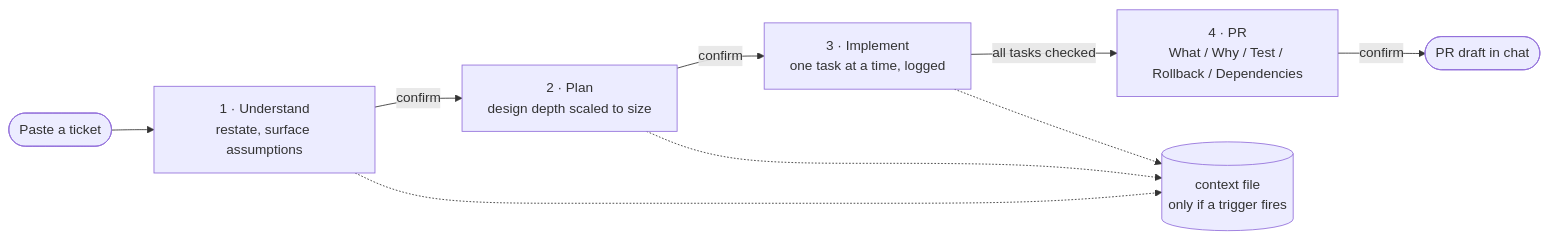
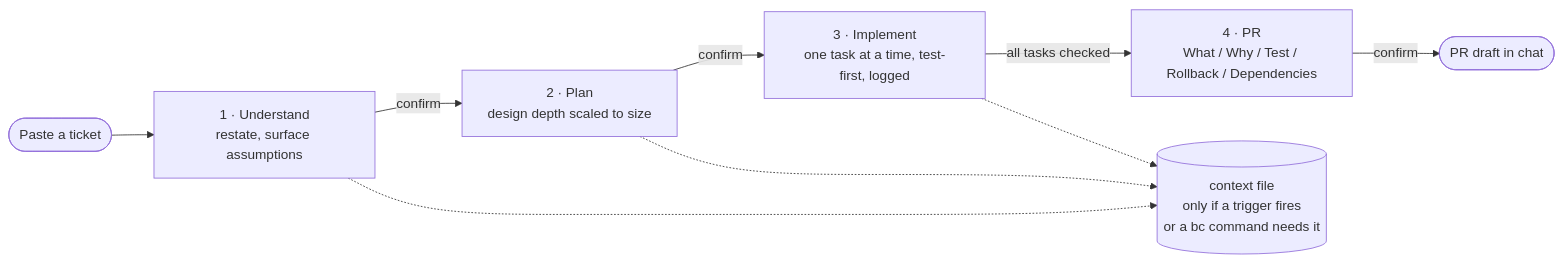
Before and after one commit to alias01/breadcrumbs: the first of 2 diagrams in README.md, drawn with Mermaid. The commit also changed other lines of this file and 13 other files, not shown here.

````diff
--- a/README.md
+++ b/README.md
@@ -32,13 +32,13 @@
 ```mermaid
 flowchart LR
     T([Paste a ticket]) --> S1["1 · Understand<br/>restate, surface assumptions"]
     S1 -- confirm --> S2["2 · Plan<br/>design depth scaled to size"]
-    S2 -- confirm --> S3["3 · Implement<br/>one task at a time, logged"]
+    S2 -- confirm --> S3["3 · Implement<br/>one task at a time, test-first, logged"]
     S3 -- all tasks checked --> S4["4 · PR<br/>What / Why / Test / Rollback / Dependencies"]
     S4 -- confirm --> D([PR draft in chat])
 
     S1 -.-> G
     S2 -.-> G
     S3 -.-> G
-    G[(context file<br/>only if a trigger fires)]
+    G[(context file<br/>only if a trigger fires<br/>or a bc command needs it)]
 ```
````
